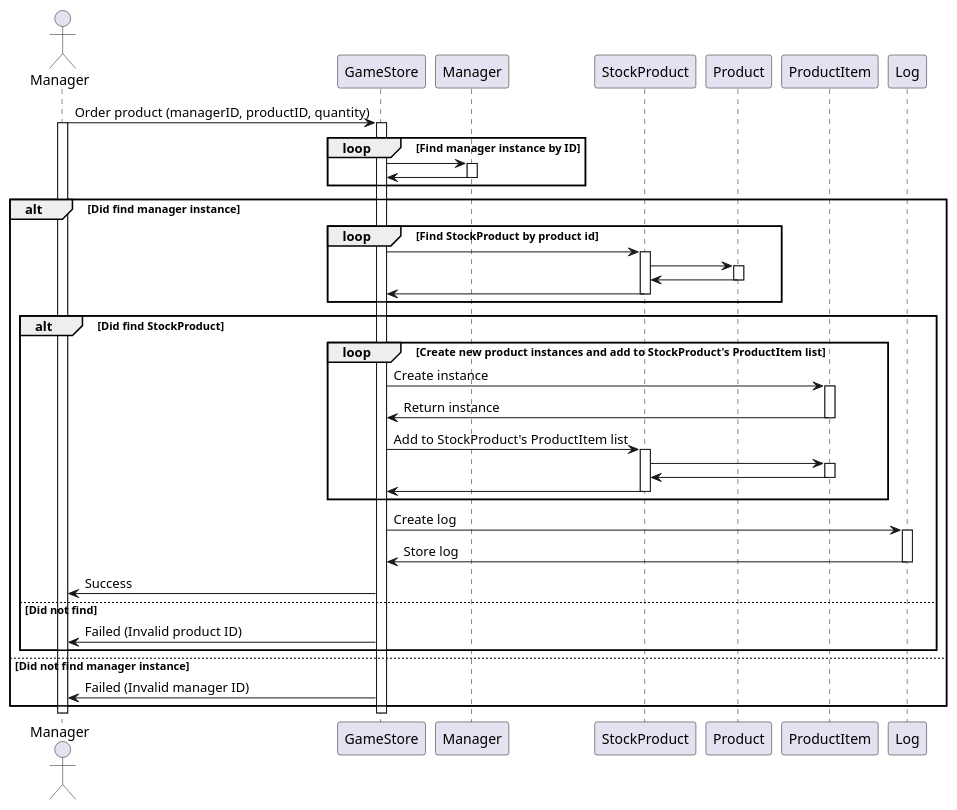
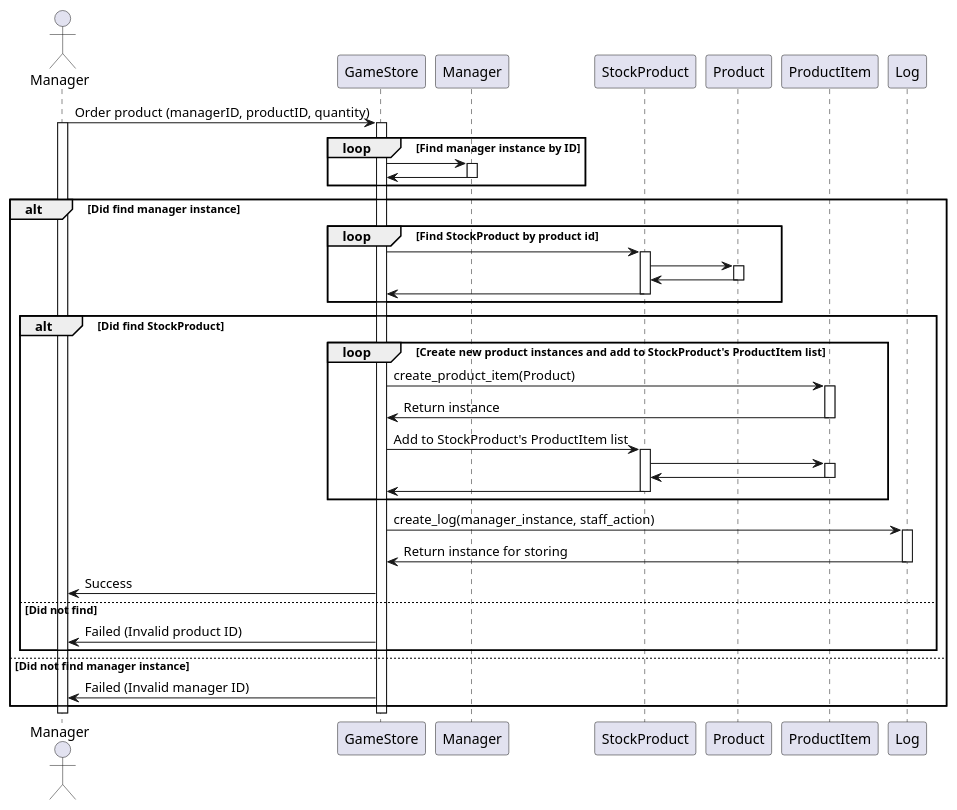
The diagram in SequenceDiagram/sequence_diagram_order_product.puml (WaroonRagwongsiri/OOP_Project), drawn with PlantUML before and after one commit.

Commit message:
fix param a bit

```diff
--- a/SequenceDiagram/sequence_diagram_order_product.puml
+++ b/SequenceDiagram/sequence_diagram_order_product.puml
@@ -1,62 +1,62 @@
 @startuml E
 
 actor Manager as ManagerA
 
 ManagerA -> GameStore : Order product (managerID, productID, quantity)
 activate ManagerA
 activate GameStore
 
 loop Find manager instance by ID
     GameStore -> Manager
     activate Manager
     Manager -> GameStore
     deactivate Manager
 end
 
 alt Did find manager instance
     loop Find StockProduct by product id
         GameStore -> StockProduct
         activate StockProduct
         StockProduct -> Product
         activate Product
 
         Product -> StockProduct
         deactivate Product
         StockProduct -> GameStore
         deactivate StockProduct
     end
 
     alt Did find StockProduct
         loop Create new product instances and add to StockProduct's ProductItem list
-            GameStore -> ProductItem : Create instance
+            GameStore -> ProductItem : create_product_item(Product)
             activate ProductItem
             ProductItem -> GameStore : Return instance
             deactivate ProductItem
 
             GameStore -> StockProduct : Add to StockProduct's ProductItem list
             activate StockProduct
             StockProduct -> ProductItem
             activate ProductItem
             ProductItem -> StockProduct
             deactivate ProductItem
             StockProduct -> GameStore
             deactivate StockProduct
         end
 
-        GameStore -> Log : Create log
+        GameStore -> Log : create_log(manager_instance, staff_action)
         activate Log
-        Log -> GameStore : Store log
+        Log -> GameStore : Return instance for storing
         deactivate Log
 
         GameStore -> ManagerA : Success
     else Did not find
         GameStore -> ManagerA : Failed (Invalid product ID)
     end
 else Did not find manager instance
     GameStore -> ManagerA : Failed (Invalid manager ID)
 end
 
 deactivate GameStore
 deactivate ManagerA
 
 @enduml
```
